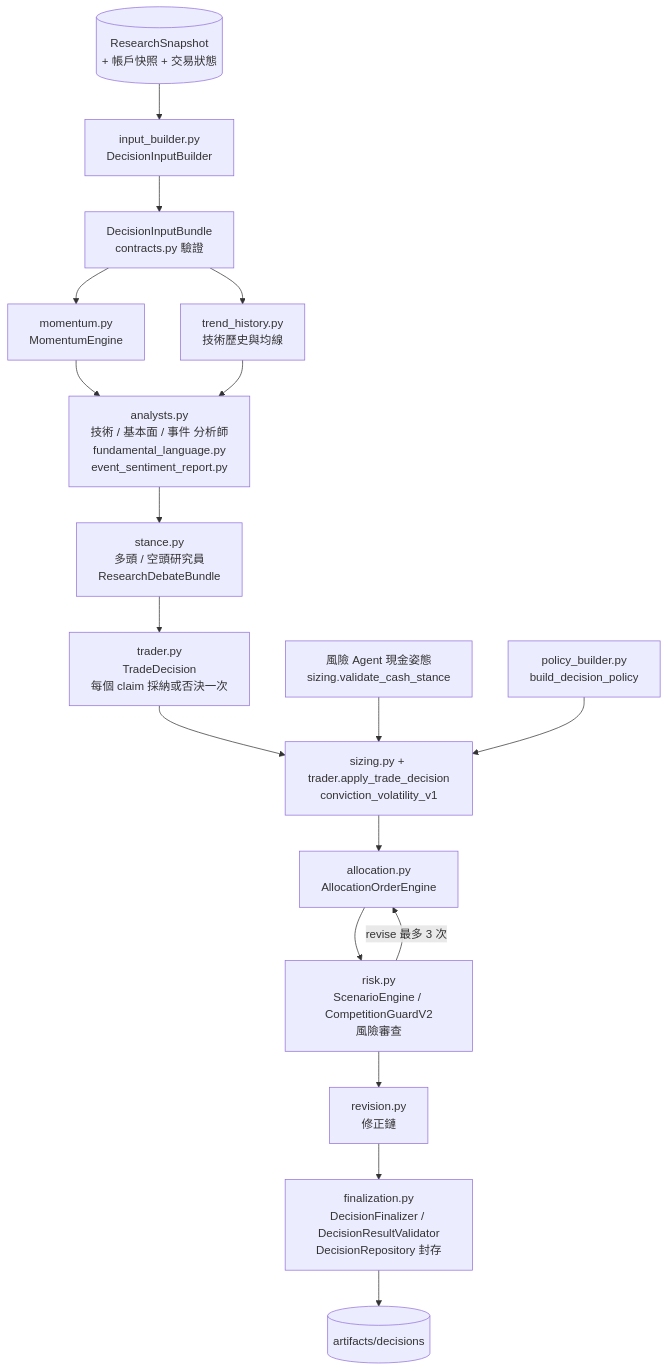
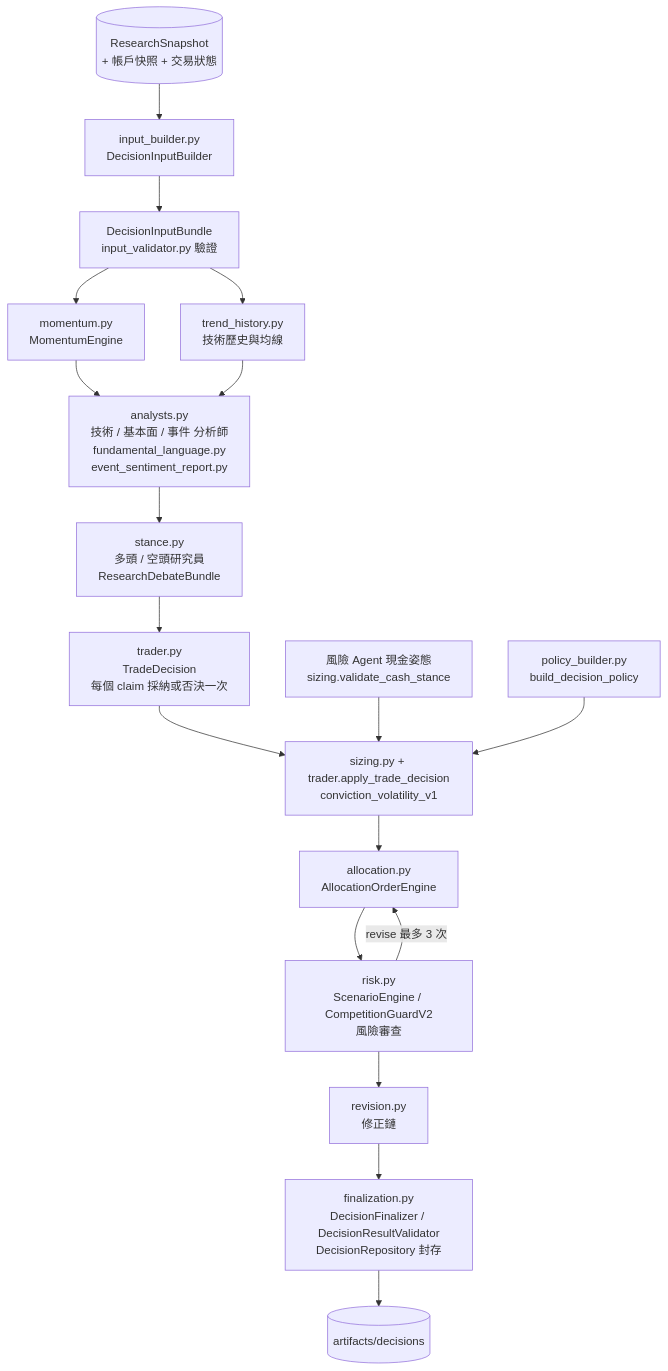
The diagram in src/etf_agent/decision/README.md (zxcvb8885123/ETF-AGENTS), drawn with Mermaid before and after one commit. The commit also changed other lines of this file and 21 other files, not shown here.

````diff
--- a/src/etf_agent/decision/README.md
+++ b/src/etf_agent/decision/README.md
@@ -7,20 +7,20 @@
 ```mermaid
 flowchart TD
     SNAP[(ResearchSnapshot<br/>+ 帳戶快照 + 交易狀態)] --> IB[input_builder.py<br/>DecisionInputBuilder]
-    IB --> BUNDLE[DecisionInputBundle<br/>contracts.py 驗證]
+    IB --> BUNDLE[DecisionInputBundle<br/>input_validator.py 驗證]
     BUNDLE --> MOM[momentum.py<br/>MomentumEngine]
     BUNDLE --> TH[trend_history.py<br/>技術歷史與均線]
     MOM --> AN
     TH --> AN
     AN[analysts.py<br/>技術 / 基本面 / 事件 分析師<br/>fundamental_language.py<br/>event_sentiment_report.py] --> ST
     ST[stance.py<br/>多頭 / 空頭研究員<br/>ResearchDebateBundle] --> TR
     TR[trader.py<br/>TradeDecision<br/>每個 claim 採納或否決一次] --> SZ
     CASH[風險 Agent 現金姿態<br/>sizing.validate_cash_stance] --> SZ
     PB[policy_builder.py<br/>build_decision_policy] --> SZ
     SZ[sizing.py + trader.apply_trade_decision<br/>conviction_volatility_v1] --> AL
     AL[allocation.py<br/>AllocationOrderEngine] --> RK
     RK[risk.py<br/>ScenarioEngine / CompetitionGuardV2<br/>風險審查] -- revise 最多 3 次 --> AL
     RK --> RV[revision.py<br/>修正鏈]
     RV --> FIN[finalization.py<br/>DecisionFinalizer / DecisionResultValidator<br/>DecisionRepository 封存]
     FIN --> OUT[(artifacts/decisions)]
 ```
````
